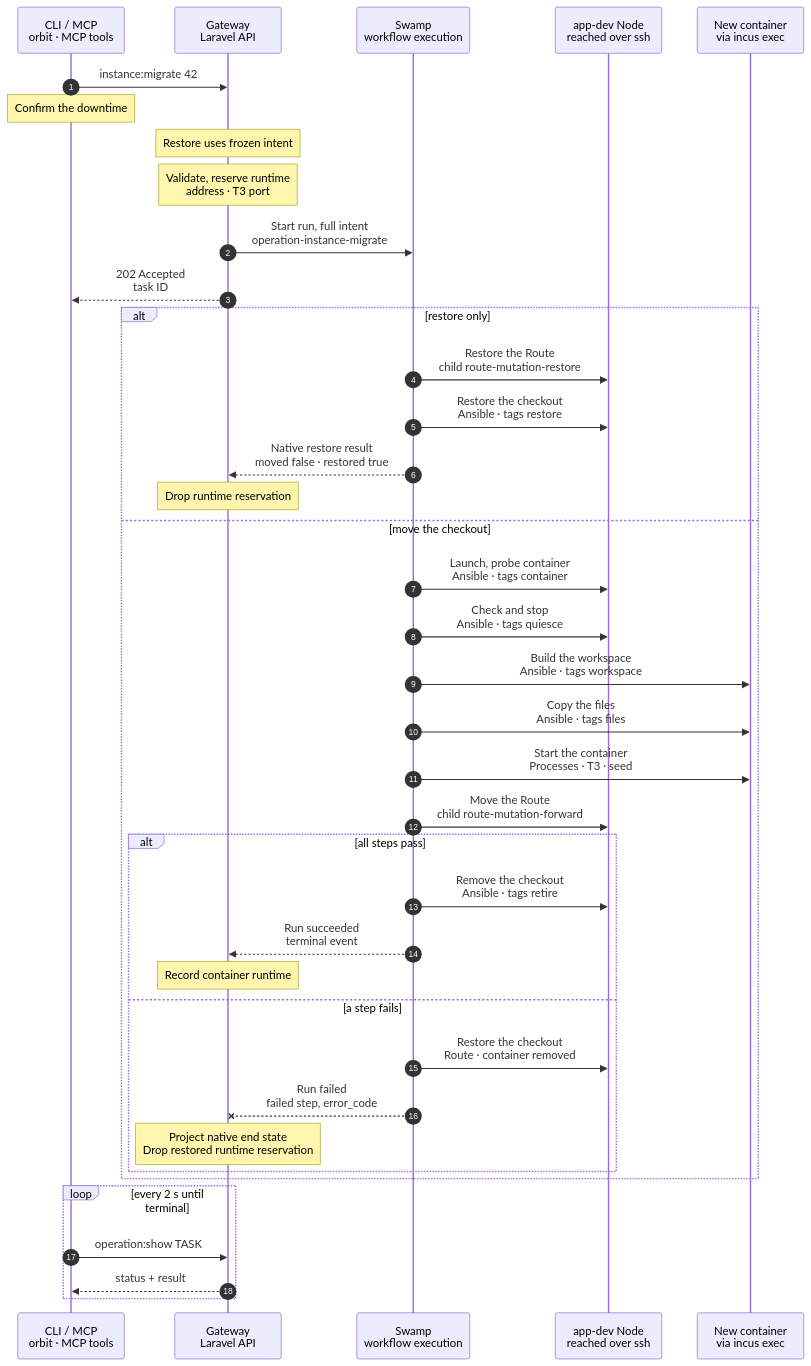
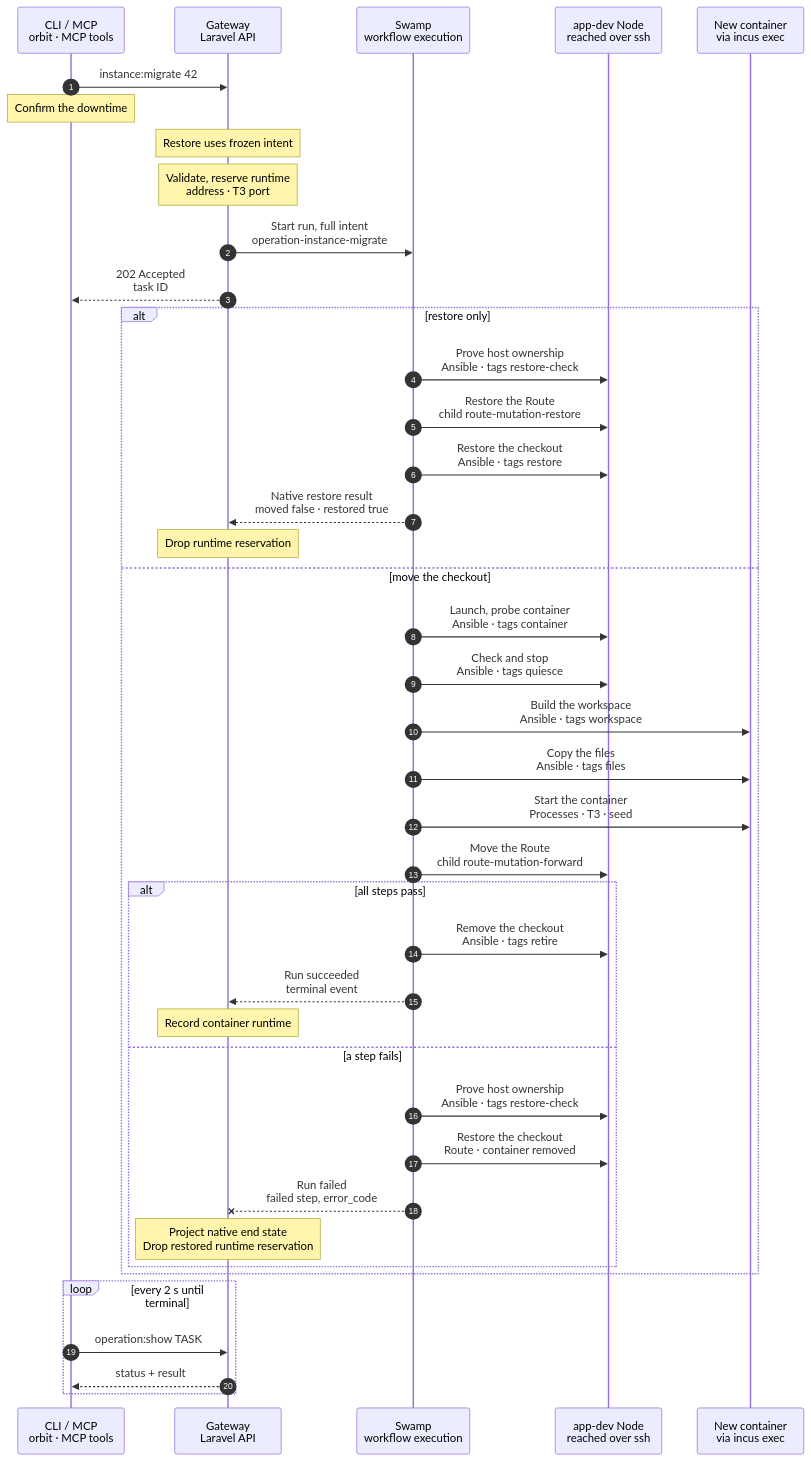
The diagram in docs/cli/instance/migrate.mmd (hardimpactdev/orbit), drawn with Mermaid before and after one commit. The commit also changed 1 other file, not shown here.

Commit message:
docs: gate all restore effects and retain expired reconciliation

```diff
--- a/docs/cli/instance/migrate.mmd
+++ b/docs/cli/instance/migrate.mmd
@@ -1,124 +1,127 @@
 sequenceDiagram
   %% Container runtime (ADR 0250 step 8, docs/reference/development-containers.md#migrate-a-checkout-instance): one checkout Instance moves into a container, with its code. Its database stays where it is, and the container gets its own way to it. A default Instance moves before the other Instances of its Project, and keeps its checkout until its last worktree has moved. The command exists only until the last checkout Instance has moved (docs/reference/old-paths.md). The container steps are the phases of docs/cli/instance/container/create-default.mmd and create.mmd.
   %% status: draft
   %% command: instance:migrate
   %% kind: instance.migrate
   autonumber
   %% lane CLI icon=terminal pill=caller tone=gray
   %% lane GW icon=gateway pill=intent tone=blue
   %% lane SW icon=workflow pill=executes tone=green
   %% lane N icon=server pill=target tone=amber
   %% lane C icon=server pill=target tone=purple
   participant CLI as CLI / MCP<br/>orbit · MCP tools
   participant GW as Gateway<br/>Laravel API
   participant SW as Swamp<br/>workflow execution
   participant N as app-dev Node<br/>reached over ssh
   participant C as New container<br/>via incus exec
   CLI->>GW: instance:migrate 42
   %%> Command:
   %%> - `orbit instance:migrate INSTANCE`
   %%> - syntax: `<instance> [--force] [--restore] [--idempotency-key=KEY] [--json]`
   Note over CLI: Confirm the downtime
   %%> What it asks:
   %%> - the Instance goes down during the move, and its old checkout moves to retention after it; `--force` answers yes
   Note over GW: Restore uses frozen intent
     %%> - `--restore` requires the latest migrate to be interrupted without a native finish, else `instance.migrate_restore_unavailable`
     %%> - retirement must not have begun and the container must not own the Instance, else `instance.migrate_restore_unsafe`
     %%> - admits a new Operation of the same kind, with only Route restore, container removal and host Process/awake restore; it never repeats the move
   Note over GW: Validate, reserve runtime<br/>address · T3 port
   %%> Requirements:
   %%> - the Instance is an active checkout Instance on an `app-dev` Node of the build list, else `instance.migrate_unsupported`
   %%> - a non-default Instance needs its Project's default Instance in a container first, else `instance.default_not_migrated`
   %%> - the Instance has only ordinary systemd or supported `vp-dev` Processes, no unfinished deployment or Process operation/runtime cleanup and no Route beside its own; a non-default Instance needs Conn and the model router, as a clone does
   %%> - `vp-dev` keeps its identity, assigned port and desired state; unsupported preset versions, custom commands, external paths and recorded container port conflicts refuse before downtime, naming the Process and reason
   %%> - a web-serving Project names its PHP version; a missing version refuses with `project.source_defaults_incomplete`, naming `orbit project:update PROJECT --source-access=github_app` to record it from source
   %%> - a database on a Database server has an IPv4 address and a port, else `instance.database_clone_unsupported`
   %%> Result:
   %%> - the runtime record is reserved: the next bridge address and, for a non-default Instance, the lowest free T3 port
   %%> - the checkout stays the Instance's runtime until the Route has moved; the Route's Node is held for the run
   %%> - the Instance takes no deployment and no wake while the run lasts
   %%> - a non-default Instance's placeholder model key goes to the vault
   %%> - the whole-run budget is an explicit 5,100 seconds; a lower-bound test guards the declared step timeouts, including Route children, restore and cleanup
   GW->>SW: Start run, full intent<br/>operation-instance-migrate
   GW-->>CLI: 202 Accepted<br/>task ID
   alt restore only
+    SW->>N: Prove host ownership<br/>Ansible · tags restore-check
+    %%> - this read-only check must pass before either Route restoration or container removal
     SW->>N: Restore the Route<br/>child route-mutation-restore
     SW->>N: Restore the checkout<br/>Ansible · tags restore
     %%> - checks the Node's retirement checkpoint and host checkout before deleting any container
     %%> - removes the interrupted move's container, ACL, firewall rules and mirror, then restores the host Processes and awake marker if quiesce began
     SW-->>GW: Native restore result<br/>moved false · restored true
     Note over GW: Drop runtime reservation
   else move the checkout
   SW->>N: Launch, probe container<br/>Ansible · tags container
   %%> What it does:
   %%> - before any Node change, checks the recorded branch and every planned retirement; a refusal leaves prior resources untouched
   %%> - checks checkout symlinks and dependency package links before creating the container, skipping `.git` and installed package contents; broken links or targets outside the checkout refuse with `instance.migrate_symlink_unsupported`, naming every path and target
   %%> - retirement preflight refuses unpushed local branches or detached HEAD and stashes, with their existing named errors; it reads local refs only
   %%> - deletes a container that an earlier failed move left, then creates and starts the new container through the shared container phase; discard leaves shared bridge endpoint rules for host reconciliation
   %%> - each attached target gets an exact TCP allow in both the bridge and NIC ACLs; both keep default reject. Endpoint adds reread on ETag conflict, at most five attempts with a one-second delay
   %%> - probes every attached target from inside the container before downtime, else `instance.database_unreachable`
   %%> - fetches the branch from the checkout into the Node's mirror, including commits never pushed
   SW->>N: Check and stop<br/>Ansible · tags quiesce
   %%> What it does:
   %%> - repeats the branch, retirement and source symlink checks before stopping writers
   %%> - stops and disables the host Process units, then removes the awake marker
   %%> - records that quiesce began, so a failure before it never restarts host units or rewrites the awake marker
   SW->>C: Build the workspace<br/>Ansible · tags workspace
   %%> What it does:
   %%> - pushes the branch in as a bundle and checks it out in a standalone repository in `/srv/workspace`
   %%> - a non-default checkout is a linked worktree, so its `.git` is never copied
   SW->>C: Copy the files<br/>Ansible · tags files
   %%> What it does:
   %%> - copies every file that differs from the commit, every untracked file and every ignored file, `.env` among them
   %%> - removes the tracked files that the checkout deleted, and rewrites the checkout's path in `.env` to `/srv/workspace`
   %%> - checks the exact copied tree inside the container, maps old-checkout targets into the workspace and rewrites absolute internal links there; broken or external links fail with the same code before any Process starts, relative links keep their targets, and source links never change
   %%> - a non-default Instance gets the proxy device that publishes its T3 port
   SW->>C: Start the container<br/>Processes · T3 · seed
   %%> What it does:
   %%> - starts FrankenPHP and the Instance's existing Processes as `orbit`, with the same ids and desired states; their environment files come through the vault
   %%> - writes the shared FrankenPHP Caddyfile and unit; only the Node's bridge peer with `X-Forwarded-Proto: https` sets PHP's HTTPS scheme, port and resolved client IP; other requests keep native values
   %%> - container units order after `network.target`, without pulling in `network-online.target`; starts are nonblocking, followed by a bounded readiness check for each unit
   %%> - `vp-dev` uses the runtime folder’s `current/bin/vp`, workspace paths and its assigned port on `0.0.0.0`; only the Node can reach that port, and Caddy sends `/__orbit/vite` there
   %%> - a non-default Instance gets `/etc/orbit/instance`, the agent settings and its T3 server, registered as in create
   %%> - a default Instance gets its first `seed-<commit>` snapshot
   SW->>N: Move the Route<br/>child route-mutation-forward
   %%> What it does:
   %%> - points the Instance's Route at FrankenPHP in the container, and withdraws the checkout's PHP-FPM pool
   alt all steps pass
     SW->>N: Remove the checkout<br/>Ansible · tags retire
     %%> What it does:
     %%> - removes the old host Process units and their environment folders
     %%> - repeats the same retirement preflight as an early warning; a new blocker leaves the container serving and the checkout intact
     %%> - atomically moves each old checkout under `<checkout>.orbit-retired-git/<sha256 of original path>`; the retained root is beside the migrating Instance's checkout
     %%> - keeps the whole tree, including Git objects, refs, reflogs, `.git/modules` and nested repositories; a late worktree cannot lose its Git metadata to retirement
     %%> - records `retained_git_path` and `retained_git_at` on the Instance; `instance:show` and the Instance API expose them
     %%> - writes the awake marker; a default's checkout stays until its last worktree has moved; retirement never deletes or prunes Git metadata
     %%> If it fails:
     %%> - the container stays the Instance; the run fails with `instance.migrate_retire_failed`, and the source or retained checkout stays on the Node
     SW-->>GW: Run succeeded<br/>terminal event
     Note over GW: Record container runtime
     %%> Result:
     %%> - the Instance's workspace is the container's; the runtime runs, a default's row holds its seed commit
     %%> - a SQLite file moved with the files, so its connection record goes; stored `.env` values follow the new path
     %%> - the Conn layer records a non-default Instance's T3 server from the result
   else a step fails
+    SW->>N: Prove host ownership<br/>Ansible · tags restore-check
     SW->>N: Restore the checkout<br/>Route · container removed
     %%> What it does:
     %%> - puts the Route back on the checkout when the run had moved it
     %%> - deletes the new container, its ACL, its firewall rules and its mirror
     %%> - restores host Process units and the awake marker only when quiesce began; an unreachable target causes zero downtime
     %%> - the checkout and database remain in place
     SW--xGW: Run failed<br/>failed step, error_code
     Note over GW: Project native end state<br/>Drop restored runtime reservation
     %%> - after a Gateway deadline or confirmed cancel, read the native finish and step history; moved/restored/ready and the native error code decide the receipt and runtime ownership
     %%> - only a run with no native end keeps `operation.timed_out`; a restored checkout has no container reservation, so Process commands reach the host
     %%> Retry:
     %%> - run the same command again; it starts with a new container
     %%> - a restore that failed keeps the reserved record and its address, and names the failed step
     %%> - an interrupted root with no finish records moved/restored as unknown and ready false, and names `orbit instance:migrate INSTANCE --restore --force`; restore refuses after retirement began
   end
   end
   loop every 2 s until terminal
     CLI->>GW: operation:show TASK
     GW-->>CLI: status + result
   end
```
